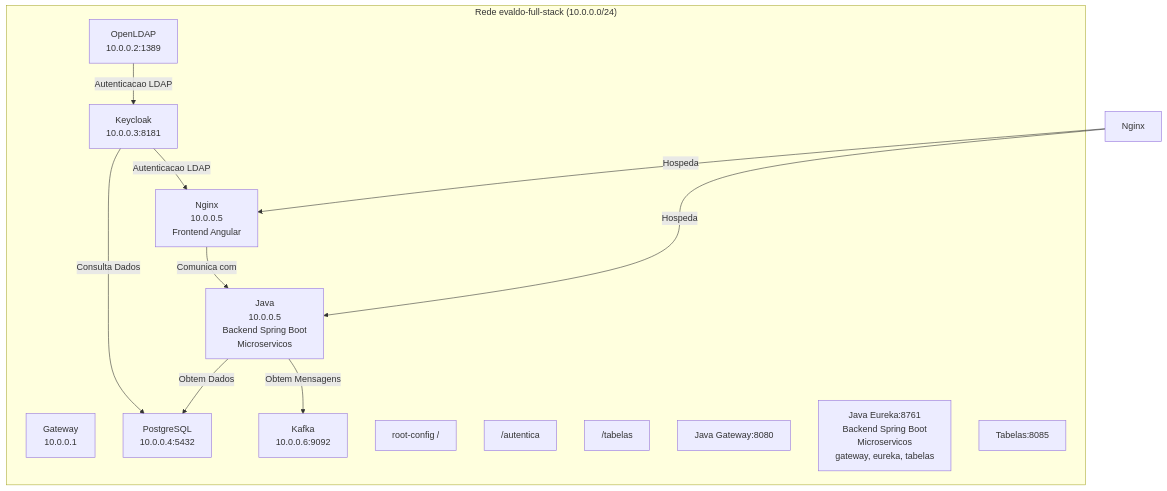
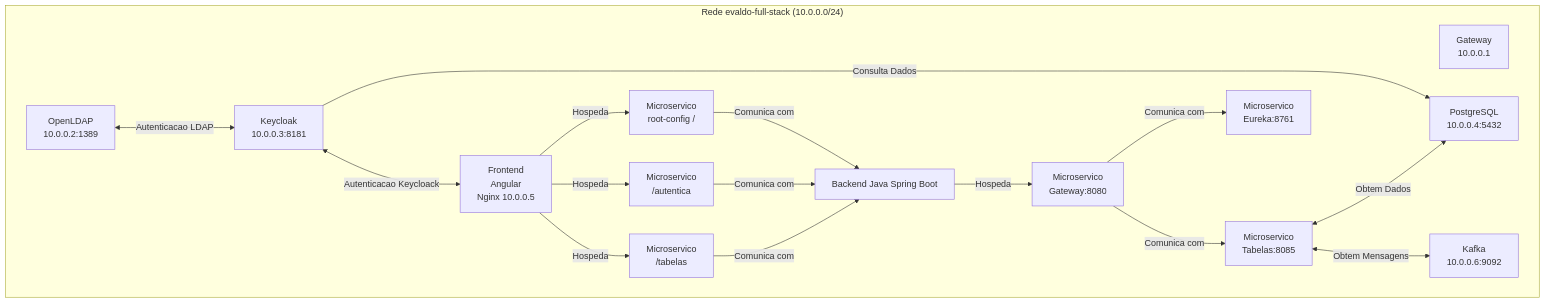
Before and after one commit to limainfo/FullStackMicroservices: the diagram in README.md, drawn with Mermaid. The commit also changed other lines of this file, not shown here.

````diff
--- a/README.md
+++ b/README.md
@@ -16,33 +14,39 @@
 ```mermaid
 
 graph TD
     subgraph Rede["Rede evaldo-full-stack (10.0.0.0/24)"]
         Gateway["Gateway<br>10.0.0.1"]
         LDAP["OpenLDAP<br>10.0.0.2:1389"]
         Keycloak["Keycloak<br>10.0.0.3:8181"]
         PostgreSQL["PostgreSQL<br>10.0.0.4:5432"]
         Kafka["Kafka<br>10.0.0.6:9092"]
-        Frontend["Nginx<br>10.0.0.5<br>Frontend Angular"]
-        Root["root-config /"]
-        Autentica["/autentica"]
-        Tabelas["/tabelas"]
-        Backend["Java<br>10.0.0.5<br>Backend Spring Boot<br>Microservicos<br>"]
-        JavaGateway["Java Gateway:8080"]
-        JavaEureka["Java Eureka:8761<br>Backend Spring Boot<br>Microservicos<br>gateway, eureka, tabelas"]
-        JavaTabelas["Tabelas:8085"]
+        Frontend["Frontend<br>Angular<br>Nginx 10.0.0.5"]
+        Root["Microservico<br>root-config /"]
+        Autentica["Microservico<br>/autentica"]
+        Tabelas["Microservico<br>/tabelas"]
+        Backend["Backend Java Spring Boot"]
+        JavaGateway["Microservico<br>Gateway:8080"]
+        JavaEureka["Microservico<br>Eureka:8761"]
+        JavaTabelas["Microservico<br>Tabelas:8085"]
     end
 
 
     %% Interacoes
-    LDAP -->|Autenticacao LDAP| Keycloak
+    LDAP <-->|Autenticacao LDAP| Keycloak
     Keycloak -->|Consulta Dados| PostgreSQL
-    Keycloak -->|Autenticacao LDAP| Frontend
-    Frontend -->|Comunica com| Backend
-    Backend -->|Obtem Dados| PostgreSQL
-    Backend -->|Obtem Mensagens| Kafka
+    Keycloak <-->|Autenticacao Keycloack| Frontend
+    Root -->|Comunica com| Backend
+    Autentica -->|Comunica com| Backend
+    Tabelas -->|Comunica com| Backend
+    JavaTabelas <-->|Obtem Dados| PostgreSQL
+    JavaTabelas <-->|Obtem Mensagens| Kafka
 
     %% Hospedagem
-    Nginx -->|Hospeda| Frontend
-    Nginx -->|Hospeda| Backend
+    Frontend -->|Hospeda| Root
+    Frontend -->|Hospeda| Autentica
+    Frontend -->|Hospeda| Tabelas
+    Backend -->|Hospeda| JavaGateway
+    JavaGateway -->|Comunica com| JavaEureka
+    JavaGateway -->|Comunica com| JavaTabelas
 
 ```
````
